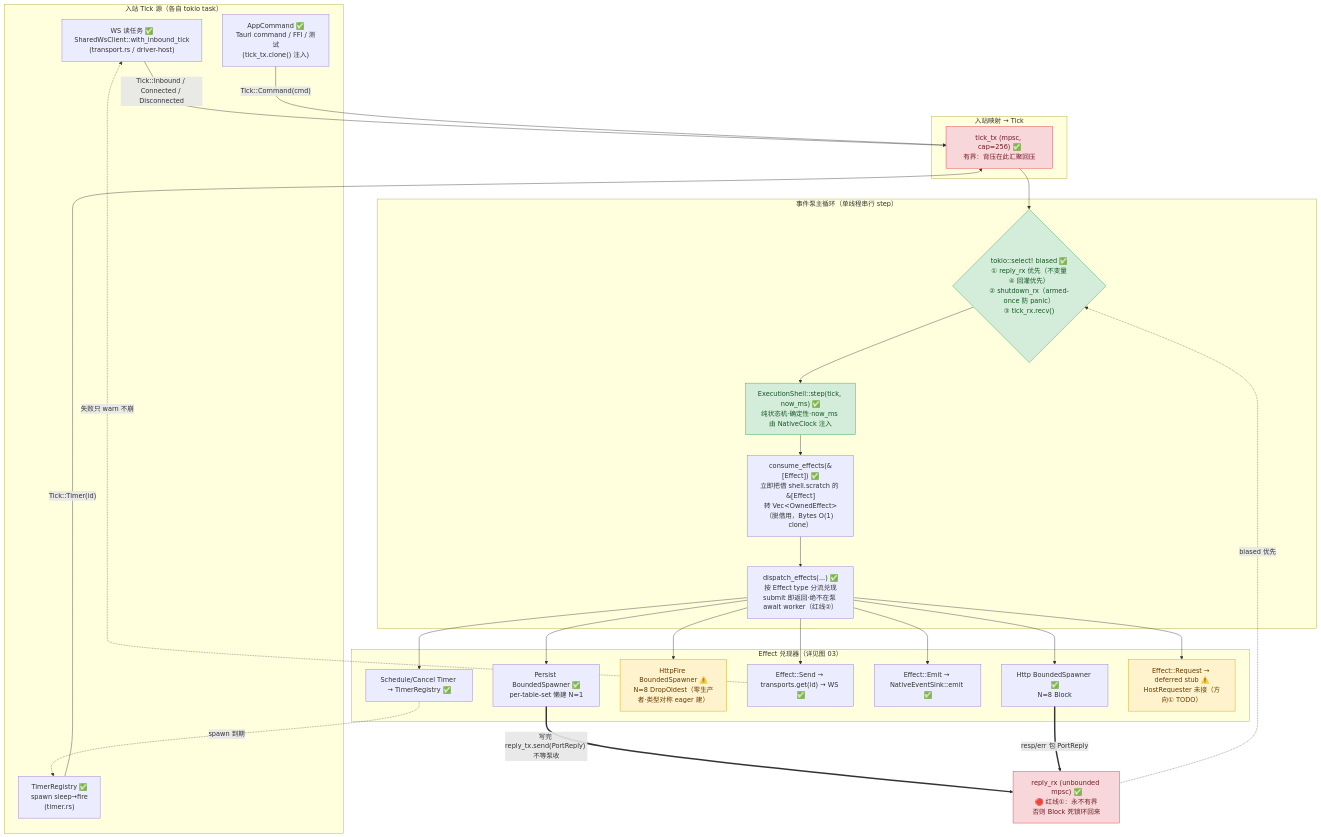
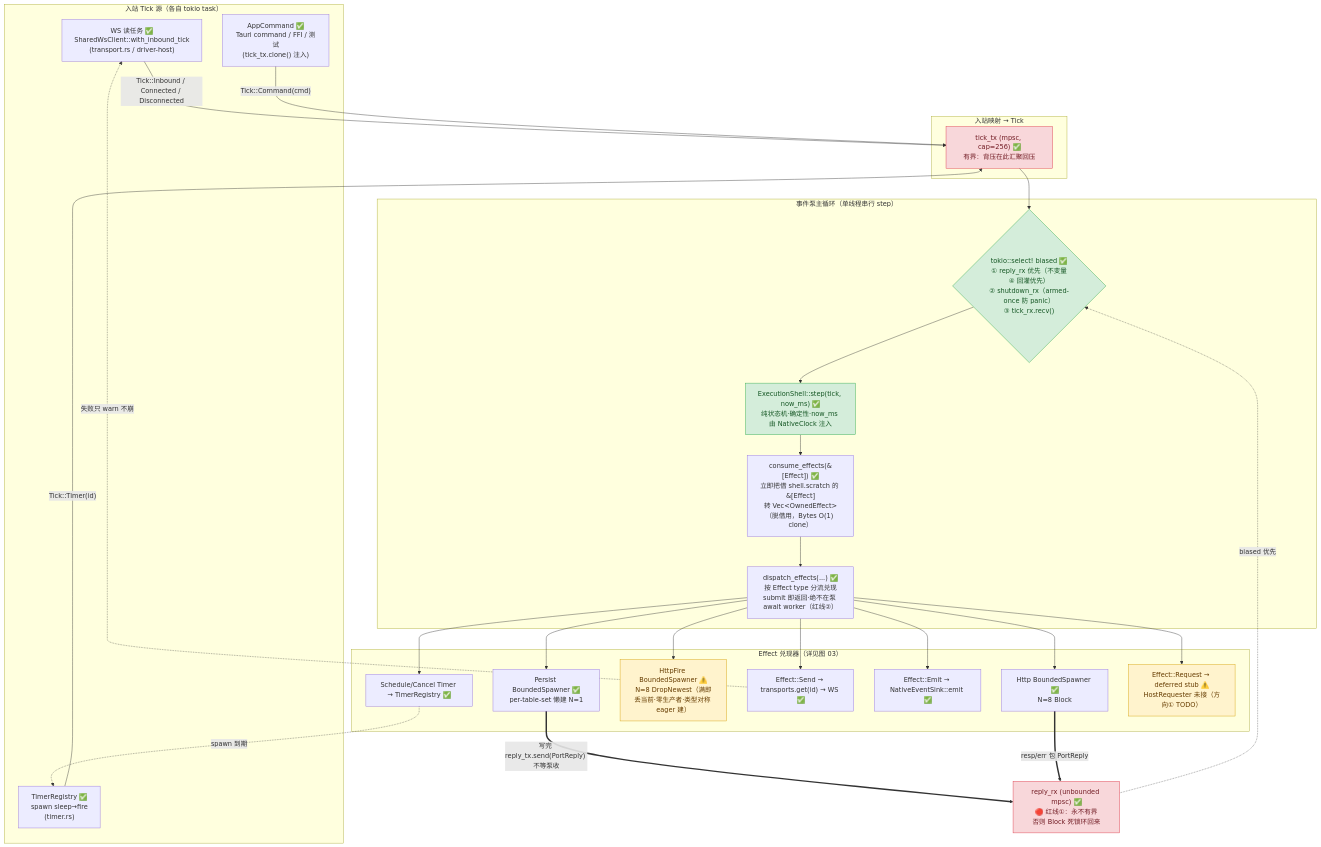
The diagram in crates/helix-driver-native/docs/design/01-engine-loop-event-pump.mmd (zxs1633079383/helix), drawn with Mermaid before and after one commit. The commit also changed 12 other files, not shown here.

First line of the commit message:
refactor(driver): 将 Overflow::DropOldest 改名为 DropNewest（行为中性）

```diff
--- a/crates/helix-driver-native/docs/design/01-engine-loop-event-pump.mmd
+++ b/crates/helix-driver-native/docs/design/01-engine-loop-event-pump.mmd
@@ -1,62 +1,62 @@
 %% helix-driver-native — engine_loop 事件泵全景
 %% 真源：src/engine_loop.rs run_engine_loop_with_transports（1119 行）
 %% tokio::spawn 在此层（不在 helix-core）；core 保持零运行时依赖。
 %% 能力 ✅ / 缺口 ⚠️
 flowchart TD
     subgraph SRC["入站 Tick 源（各自 tokio task）"]
         WS["WS 读任务 ✅<br/>SharedWsClient::with_inbound_tick<br/>(transport.rs / driver-host)"]
         TIMER["TimerRegistry ✅<br/>spawn sleep→fire<br/>(timer.rs)"]
         CMD["AppCommand ✅<br/>Tauri command / FFI / 测试<br/>(tick_tx.clone() 注入)"]
     end
 
     subgraph INBOUND["入站映射 → Tick"]
         WS -->|"Tick::Inbound / Connected / Disconnected"| TTX
         TIMER -->|"Tick::Timer(id)"| TTX
         CMD -->|"Tick::Command(cmd)"| TTX
     end
 
     TTX["tick_tx (mpsc, cap=256) ✅<br/>有界：背压在此汇聚回压"]
 
     subgraph PUMP["事件泵主循环（单线程串行 step）"]
         SEL{"tokio::select! biased ✅<br/>① reply_rx 优先（不变量④ 回灌优先）<br/>② shutdown_rx（armed-once 防 panic）<br/>③ tick_rx.recv()"}
         STEP["ExecutionShell::step(tick, now_ms) ✅<br/>纯状态机·确定性·now_ms 由 NativeClock 注入"]
         CONSUME["consume_effects(&[Effect]) ✅<br/>立即把借 shell.scratch 的 &[Effect]<br/>转 Vec&lt;OwnedEffect&gt;（脱借用，Bytes O(1) clone）"]
         DISPATCH["dispatch_effects(...) ✅<br/>按 Effect type 分流兑现<br/>submit 即返回·绝不在泵 await worker（红线②）"]
     end
 
     TTX --> SEL
     RRX["reply_rx (unbounded mpsc) ✅<br/>🔴 红线①：永不有界<br/>否则 Block 死锁环回来"] -.->|biased 优先| SEL
     SEL --> STEP --> CONSUME --> DISPATCH
 
     subgraph SINK["Effect 兑现器（详见图 03）"]
         SP_P["Persist BoundedSpawner ✅<br/>per-table-set 懒建 N=1"]
         SP_H["Http BoundedSpawner ✅<br/>N=8 Block"]
-        SP_HF["HttpFire BoundedSpawner ⚠️<br/>N=8 DropOldest（零生产者·类型对称 eager 建）"]
+        SP_HF["HttpFire BoundedSpawner ⚠️<br/>N=8 DropNewest（满即丢当前·零生产者·类型对称 eager 建）"]
         SENDW["Effect::Send → transports.get(id) → WS ✅"]
         EMITW["Effect::Emit → NativeEventSink::emit ✅"]
         TIMW["Schedule/Cancel Timer → TimerRegistry ✅"]
         REQW["Effect::Request → deferred stub ⚠️<br/>HostRequester 未接（方向① TODO）"]
     end
 
     DISPATCH --> SP_P
     DISPATCH --> SP_H
     DISPATCH --> SP_HF
     DISPATCH --> SENDW
     DISPATCH --> EMITW
     DISPATCH --> TIMW
     DISPATCH --> REQW
 
     SENDW -.->|失败只 warn 不崩| WS
     TIMW -.->|spawn 到期| TIMER
 
     %% ── PortReply 回灌闭环 ──
     SP_P ==>|"写完 reply_tx.send(PortReply) 不等泵收"| RRX
     SP_H ==>|"resp/err 包 PortReply"| RRX
     %% HttpFire 无 corr·fire-and-forget·不回灌
 
     classDef gap fill:#fff3cd,stroke:#d39e00,color:#663c00
     classDef hot fill:#d4edda,stroke:#28a745,color:#155724
     classDef red fill:#f8d7da,stroke:#dc3545,color:#721c24
     class SP_HF,REQW gap
     class RRX,TTX red
     class SEL,STEP hot
```
